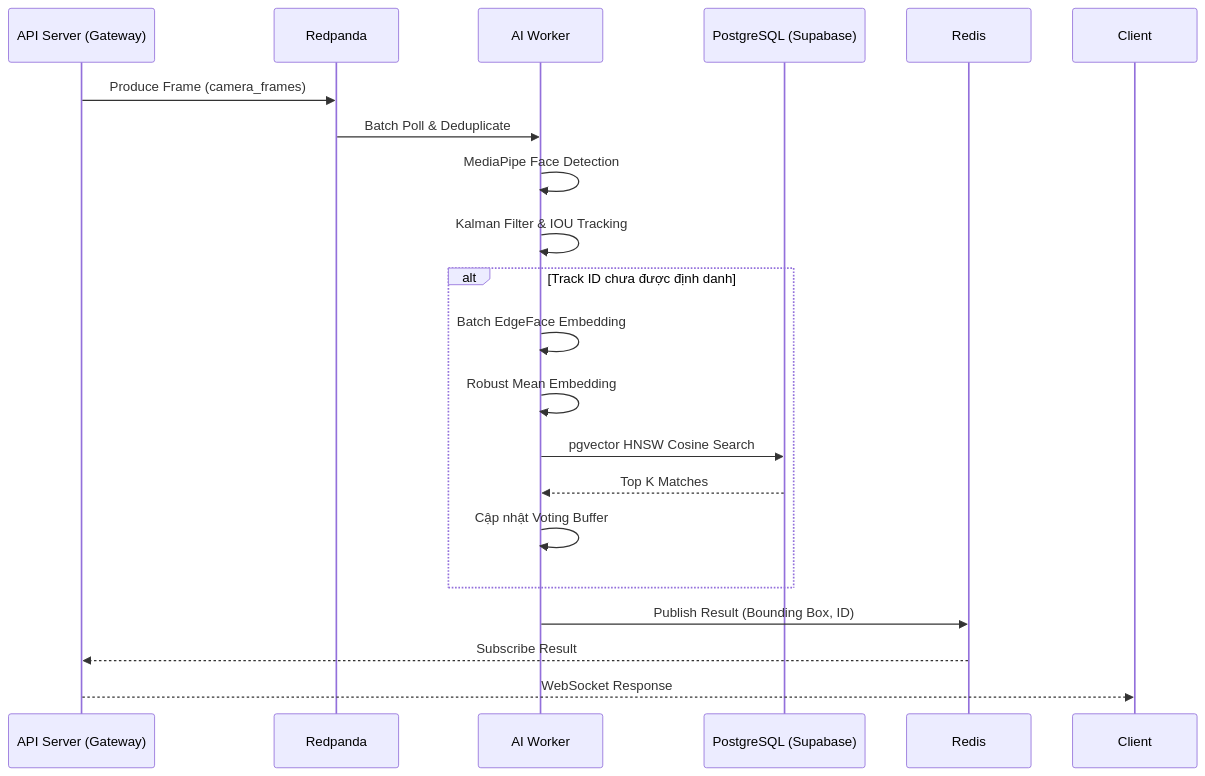
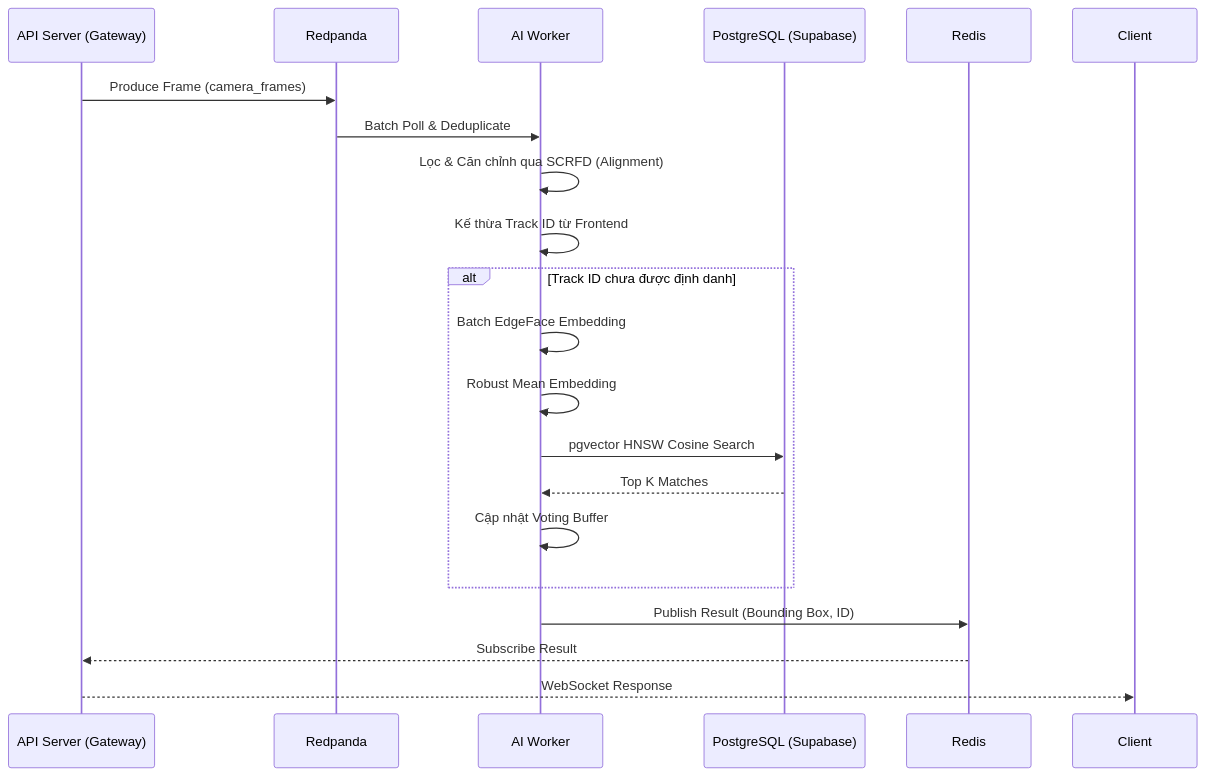
Before and after one commit to hotrungtruc/CustomerLens: the diagram in docs/ai_pipeline.md, drawn with Mermaid. The commit also changed other lines of this file and 2 other files, not shown here.

Commit message:
docs: Update documentation for Hybrid Detection and Edge Filters

````diff
--- a/docs/ai_pipeline.md
+++ b/docs/ai_pipeline.md
@@ -57,24 +58,24 @@
 ```mermaid
 sequenceDiagram
     participant API as API Server (Gateway)
     participant RP as Redpanda
     participant Worker as AI Worker
     participant DB as PostgreSQL (Supabase)
 
     API->>RP: Produce Frame (camera_frames)
     RP->>Worker: Batch Poll & Deduplicate
-    Worker->>Worker: MediaPipe Face Detection
-    Worker->>Worker: Kalman Filter & IOU Tracking
+    Worker->>Worker: Lọc & Căn chỉnh qua SCRFD (Alignment)
+    Worker->>Worker: Kế thừa Track ID từ Frontend
     
     alt Track ID chưa được định danh
         Worker->>Worker: Batch EdgeFace Embedding
         Worker->>Worker: Robust Mean Embedding
         Worker->>DB: pgvector HNSW Cosine Search
         DB-->>Worker: Top K Matches
         Worker->>Worker: Cập nhật Voting Buffer
     end
     
     Worker->>Redis: Publish Result (Bounding Box, ID)
     Redis-->>API: Subscribe Result
     API-->>Client: WebSocket Response
 ```
````
